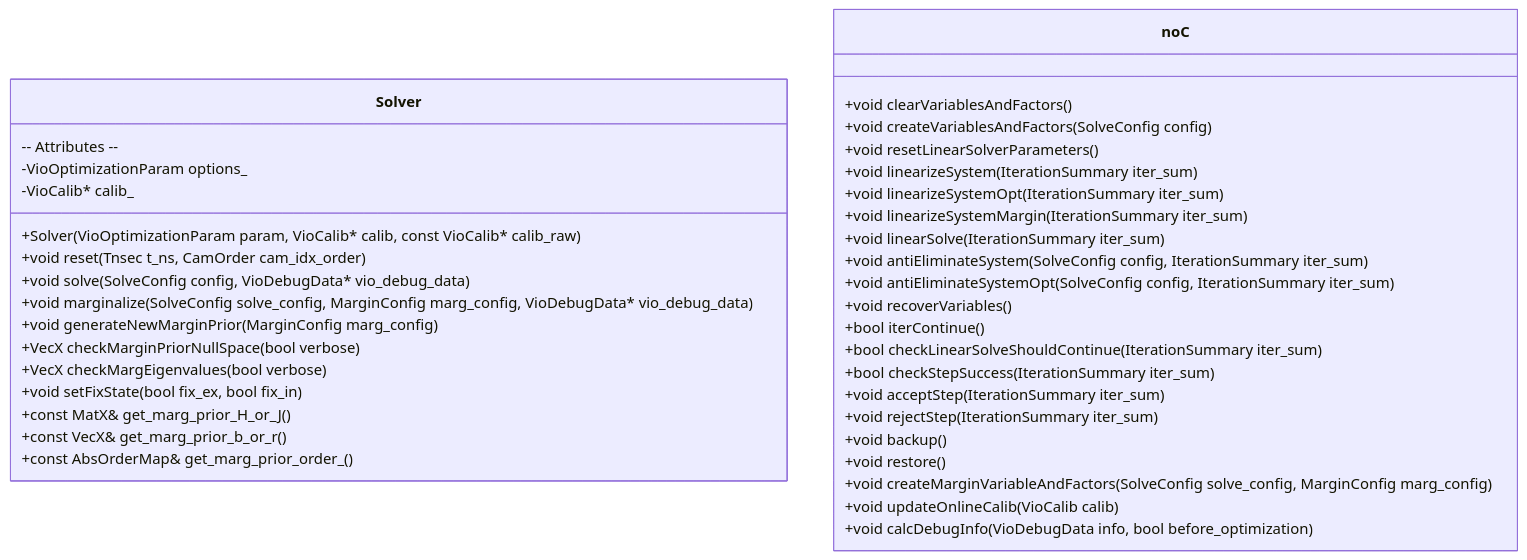
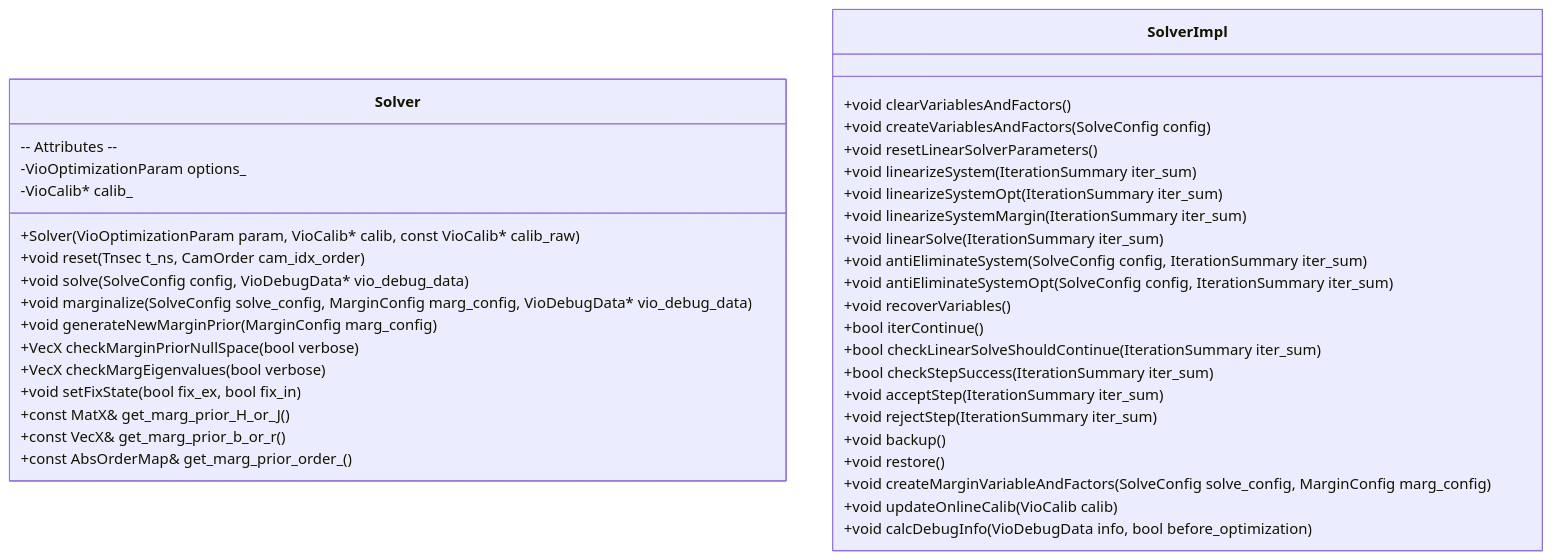
Before and after one commit to huzixuan1/iodraw-files: the diagram in all/未命名-2.md, drawn with Mermaid.

Commit message:
2025-04-16 21:10:51 update

````diff
--- a/all/未命名-2.md
+++ b/all/未命名-2.md
@@ -1,45 +1,45 @@
 ```mermaid
 classDiagram
 %% 命名空间 xr
 
 class Solver {
   +Solver(VioOptimizationParam param, VioCalib* calib, const VioCalib* calib_raw)
   +void reset(Tnsec t_ns, CamOrder cam_idx_order)
   +void solve(SolveConfig config, VioDebugData* vio_debug_data)
   +void marginalize(SolveConfig solve_config, MarginConfig marg_config, VioDebugData* vio_debug_data)
   +void generateNewMarginPrior(MarginConfig marg_config)
   +VecX checkMarginPriorNullSpace(bool verbose)
   +VecX checkMargEigenvalues(bool verbose)
   +void setFixState(bool fix_ex, bool fix_in)
   +const MatX& get_marg_prior_H_or_J()
   +const VecX& get_marg_prior_b_or_r()
   +const AbsOrderMap& get_marg_prior_order_()
   -- Attributes --
   -VioOptimizationParam options_
   -VioCalib* calib_
 }
 
-class noC {
+class SolverImpl {
   +void clearVariablesAndFactors()
   +void createVariablesAndFactors(SolveConfig config)
   +void resetLinearSolverParameters()
   +void linearizeSystem(IterationSummary iter_sum)
   +void linearizeSystemOpt(IterationSummary iter_sum)
   +void linearizeSystemMargin(IterationSummary iter_sum)
   +void linearSolve(IterationSummary iter_sum)
   +void antiEliminateSystem(SolveConfig config, IterationSummary iter_sum)
   +void antiEliminateSystemOpt(SolveConfig config, IterationSummary iter_sum)
   +void recoverVariables()
   +bool iterContinue()
   +bool checkLinearSolveShouldContinue(IterationSummary iter_sum)
   +bool checkStepSuccess(IterationSummary iter_sum)
   +void acceptStep(IterationSummary iter_sum)
   +void rejectStep(IterationSummary iter_sum)
   +void backup()
   +void restore()
   +void createMarginVariableAndFactors(SolveConfig solve_config, MarginConfig marg_config)
   +void updateOnlineCalib(VioCalib calib)
   +void calcDebugInfo(VioDebugData info, bool before_optimization)
 }
 
 ```
````
